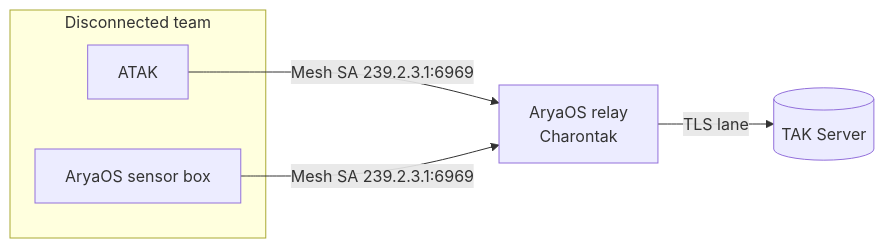
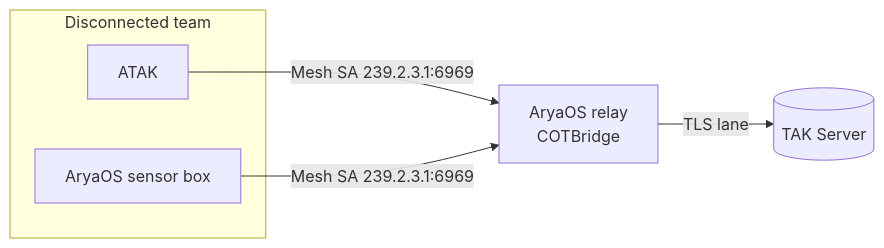
The diagram in docs/deploy/relay-routing.md (snstac/aryaos), drawn with Mermaid before and after one commit. The commit also changed other lines of this file and 180 other files, not shown here.

First line of the commit message:
Cut AryaOS over to COTBridge and normalized health (#255)

````diff
--- a/docs/deploy/relay-routing.md
+++ b/docs/deploy/relay-routing.md
@@ -108,9 +108,9 @@
 ```mermaid
 flowchart LR
     subgraph Edge["Disconnected team"]
       E1[ATAK] 
       E2[AryaOS sensor box]
     end
-    E1 & E2 -->|Mesh SA 239.2.3.1:6969| R[AryaOS relay<br/>Charontak]
+    E1 & E2 -->|Mesh SA 239.2.3.1:6969| R[AryaOS relay<br/>COTBridge]
     R -->|TLS lane| S[(TAK Server)]
 ```
````
